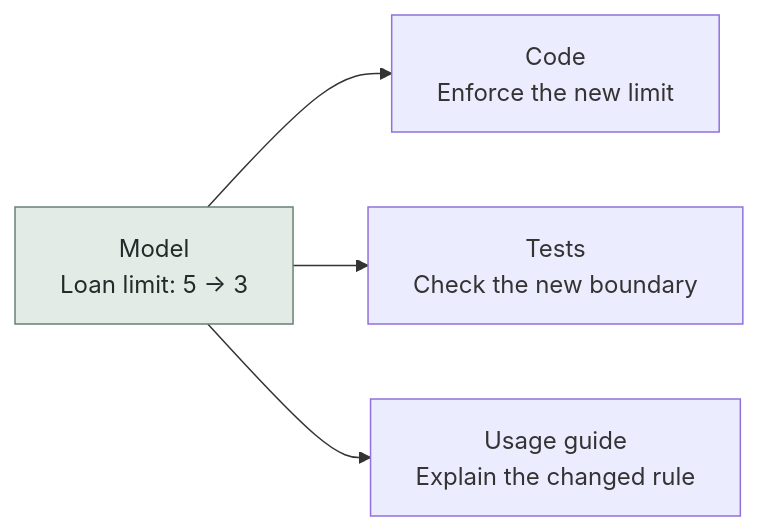
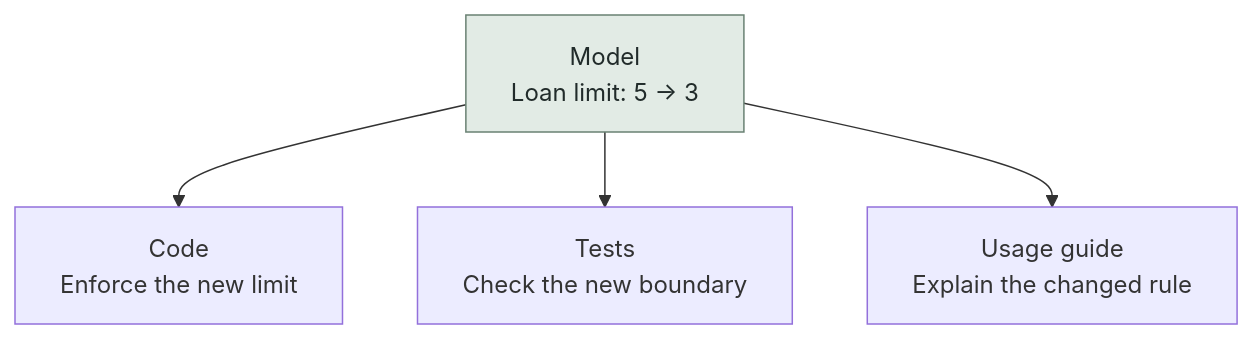
One commit to Glacius-Labs/Markitect changed the diagram in README.md. Above: the diagram before and after it, drawn with Mermaid.

Commit message:
docs: keep the example diagram compact in GitHub

````diff
--- a/README.md
+++ b/README.md
@@ -48,10 +48,10 @@
 ```mermaid
-flowchart LR
+flowchart TB
     accTitle: One model change across the project
     accDescr: Planned realization of a library policy change. Changing the loan limit from five to three in the model updates the implementation, boundary tests and usage guide. Existing rules still apply.
     model["Model<br/>Loan limit: 5 → 3"] --> code["Code<br/>Enforce the new limit"]
     model --> tests["Tests<br/>Check the new boundary"]
     model --> guide["Usage guide<br/>Explain the changed rule"]
     classDef intent fill:#e2ebe5,stroke:#698173,color:#212b2a
     class model intent
 ```
````
